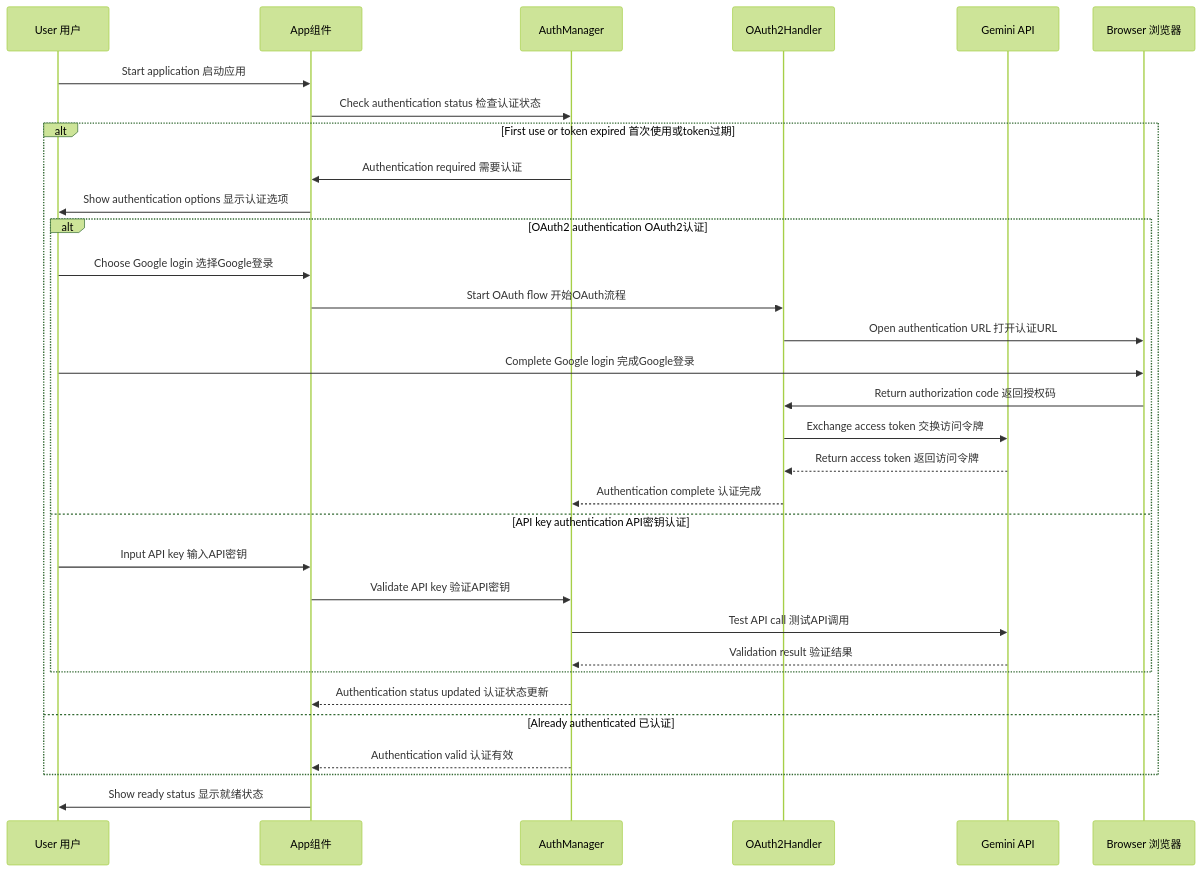
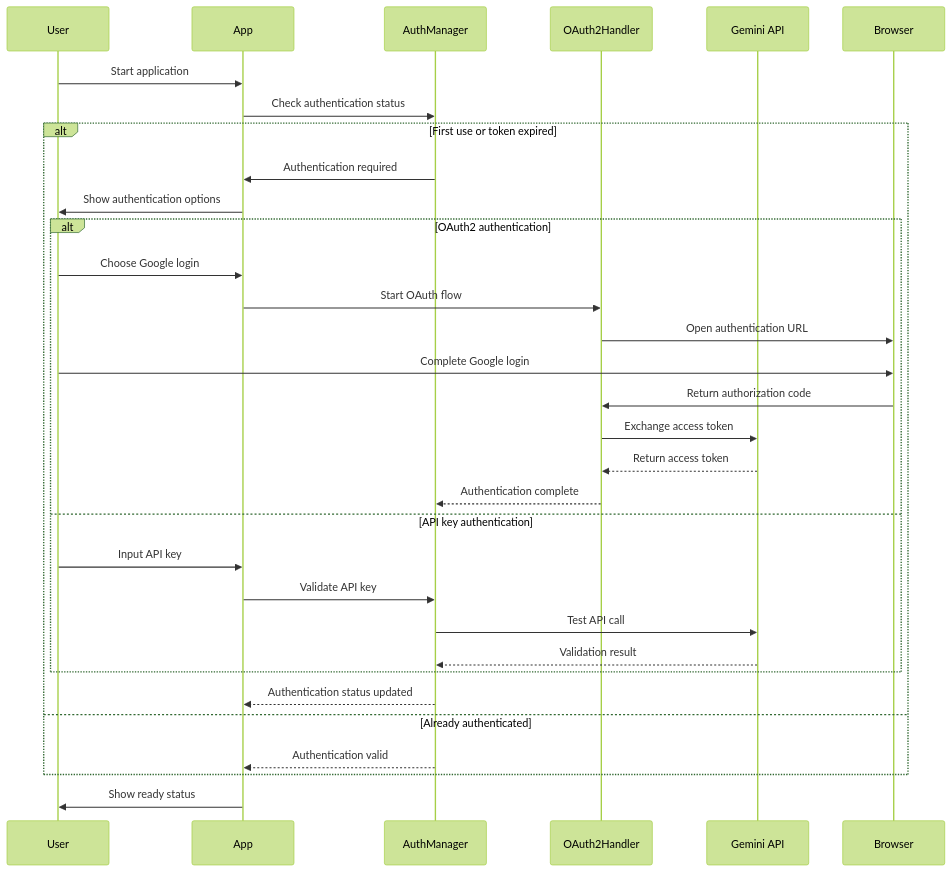
One commit to zhuangbiaowei/vitepress-ospo-writing-project changed the third of 6 diagrams in docs/articles/gemini-cli-user-interaction-sequence.md. Above: the diagram before and after it, drawn with Mermaid (forest theme). The commit also changed other lines of this file and 113 other files, not shown here.

````diff
--- a/docs/articles/gemini-cli-user-interaction-sequence.md
+++ b/docs/articles/gemini-cli-user-interaction-sequence.md
@@ -111,39 +111,39 @@
 ```mermaid
 sequenceDiagram
-    participant User as User 用户
-    participant App as App组件
+    participant User as User
+    participant App as App
     participant AuthManager as AuthManager
     participant OAuth2Handler as OAuth2Handler
     participant GeminiAPI as Gemini API
-    participant Browser as Browser 浏览器
+    participant Browser as Browser
 
-    User->>App: Start application 启动应用
-    App->>AuthManager: Check authentication status 检查认证状态
+    User->>App: Start application
+    App->>AuthManager: Check authentication status
     
-    alt First use or token expired 首次使用或token过期
-        AuthManager->>App: Authentication required 需要认证
-        App->>User: Show authentication options 显示认证选项
+    alt First use or token expired
+        AuthManager->>App: Authentication required
+        App->>User: Show authentication options
         
-        alt OAuth2 authentication OAuth2认证
-            User->>App: Choose Google login 选择Google登录
-            App->>OAuth2Handler: Start OAuth flow 开始OAuth流程
-            OAuth2Handler->>Browser: Open authentication URL 打开认证URL
-            User->>Browser: Complete Google login 完成Google登录
-            Browser->>OAuth2Handler: Return authorization code 返回授权码
-            OAuth2Handler->>GeminiAPI: Exchange access token 交换访问令牌
-            GeminiAPI-->>OAuth2Handler: Return access token 返回访问令牌
-            OAuth2Handler-->>AuthManager: Authentication complete 认证完成
-        else API key authentication API密钥认证
-            User->>App: Input API key 输入API密钥
-            App->>AuthManager: Validate API key 验证API密钥
-            AuthManager->>GeminiAPI: Test API call 测试API调用
-            GeminiAPI-->>AuthManager: Validation result 验证结果
+        alt OAuth2 authentication
+            User->>App: Choose Google login
+            App->>OAuth2Handler: Start OAuth flow
+            OAuth2Handler->>Browser: Open authentication URL
+            User->>Browser: Complete Google login
+            Browser->>OAuth2Handler: Return authorization code
+            OAuth2Handler->>GeminiAPI: Exchange access token
+            GeminiAPI-->>OAuth2Handler: Return access token
+            OAuth2Handler-->>AuthManager: Authentication complete
+        else API key authentication
+            User->>App: Input API key
+            App->>AuthManager: Validate API key
+            AuthManager->>GeminiAPI: Test API call
+            GeminiAPI-->>AuthManager: Validation result
         end
         
-        AuthManager-->>App: Authentication status updated 认证状态更新
-    else Already authenticated 已认证
-        AuthManager-->>App: Authentication valid 认证有效
+        AuthManager-->>App: Authentication status updated
+    else Already authenticated
+        AuthManager-->>App: Authentication valid
     end
     
-    App->>User: Show ready status 显示就绪状态
+    App->>User: Show ready status
 ```
````
